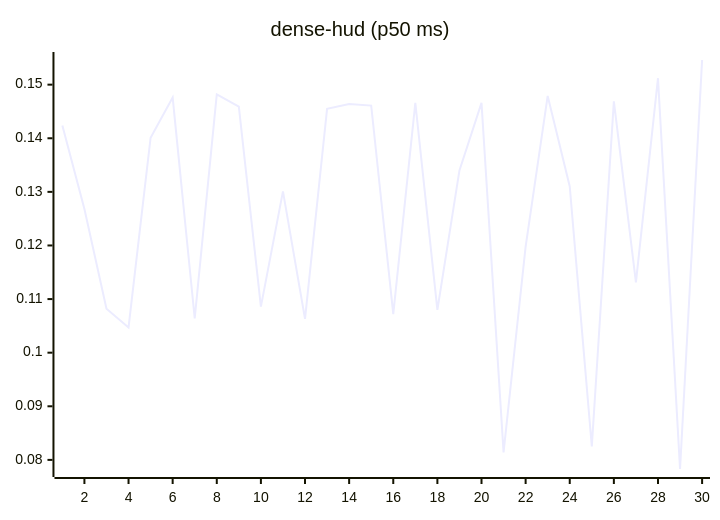
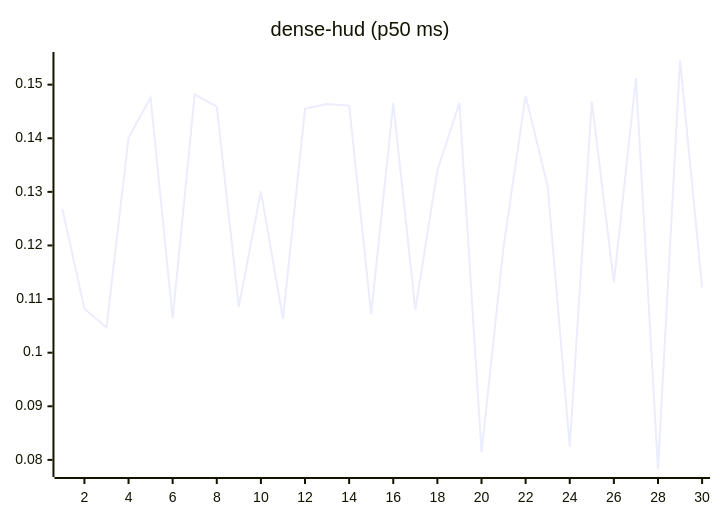
Before and after one commit to josha/Facet: the eighth of 27 diagrams in README.md, drawn with Mermaid. The commit also changed other lines of this file and 2 other files, not shown here.

````diff
--- a/README.md
+++ b/README.md
@@ -112,6 +112,6 @@
 ```mermaid
 xychart-beta
     title "dense-hud (p50 ms)"
     x-axis 1 --> 30
-    line [0.1424, 0.1268, 0.1082, 0.1047, 0.1401, 0.1476, 0.1064, 0.1482, 0.1459, 0.1086, 0.1301, 0.1063, 0.1455, 0.1464, 0.1461, 0.1072, 0.1466, 0.1080, 0.1340, 0.1466, 0.0814, 0.1198, 0.1479, 0.1310, 0.0825, 0.1469, 0.1131, 0.1512, 0.0783, 0.1546]
+    line [0.1268, 0.1082, 0.1047, 0.1401, 0.1476, 0.1064, 0.1482, 0.1459, 0.1086, 0.1301, 0.1063, 0.1455, 0.1464, 0.1461, 0.1072, 0.1466, 0.1080, 0.1340, 0.1466, 0.0814, 0.1198, 0.1479, 0.1310, 0.0825, 0.1469, 0.1131, 0.1512, 0.0783, 0.1546, 0.1122]
 ```
````
